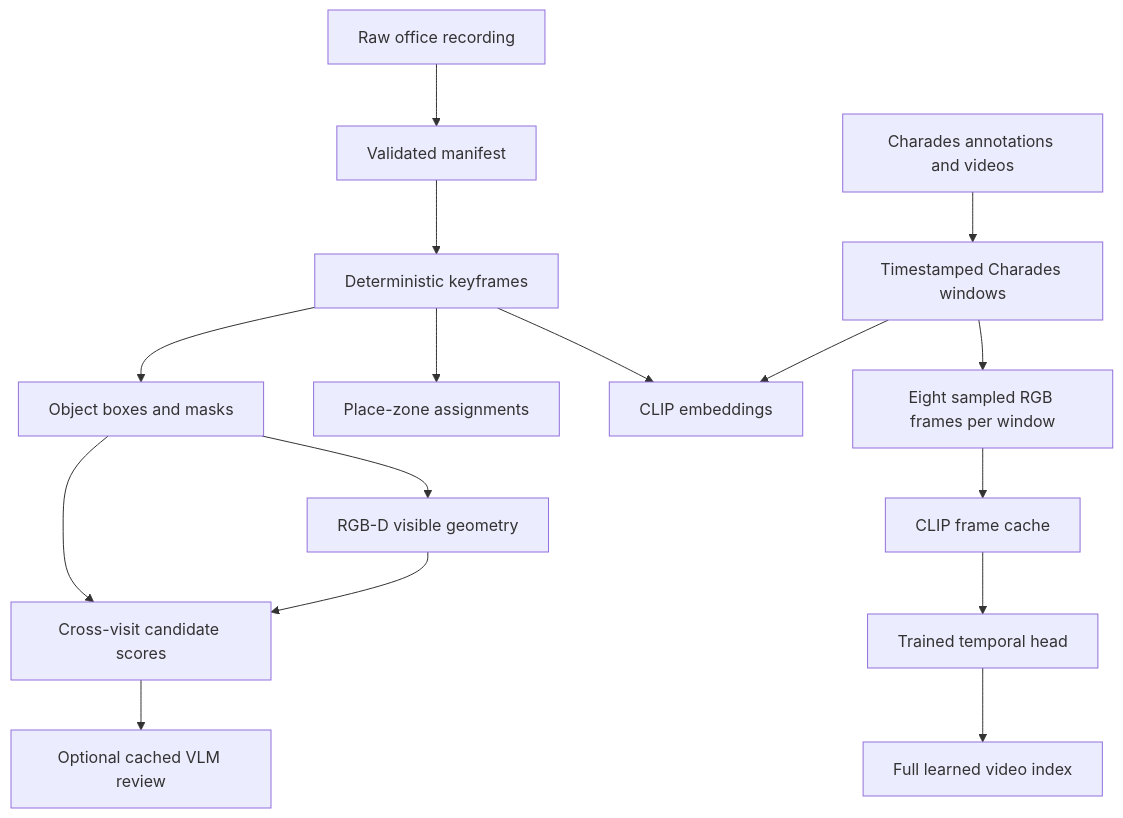
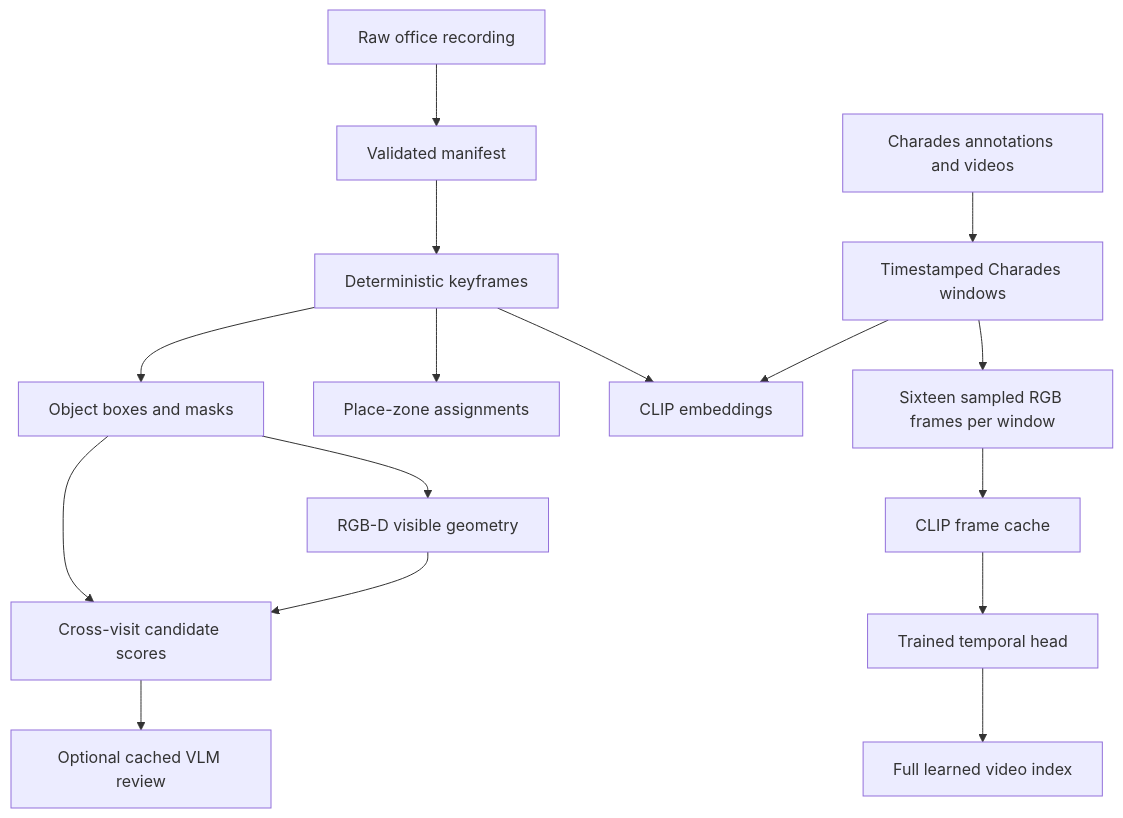
Before and after one commit to madhavpr191221/visual-memory-lab: the third of 4 diagrams in docs/system_design_and_architecture.md, drawn with Mermaid. The commit also changed other lines of this file and 25 other files, not shown here.

````diff
--- a/docs/system_design_and_architecture.md
+++ b/docs/system_design_and_architecture.md
@@ -348,30 +355,30 @@
 ```mermaid
 flowchart TD
     R[Raw office recording]
     M[Validated manifest]
     K[Deterministic keyframes]
     C[CLIP embeddings]
     Z[Place-zone assignments]
     O[Object boxes and masks]
     G[RGB-D visible geometry]
     X[Cross-visit candidate scores]
     J[Optional cached VLM review]
     W[Timestamped Charades windows]
-    F[Eight sampled RGB frames per window]
+    F[Sixteen sampled RGB frames per window]
     TC[CLIP frame cache]
     TH[Trained temporal head]
     VI[Full learned video index]
 
     R --> M --> K
     K --> C
     K --> Z
     K --> O
     O --> G
     O --> X
     G --> X
     X --> J
     V[Charades annotations and videos] --> W
     W --> F --> TC
     TC --> TH --> VI
     W --> C
 ```
````
